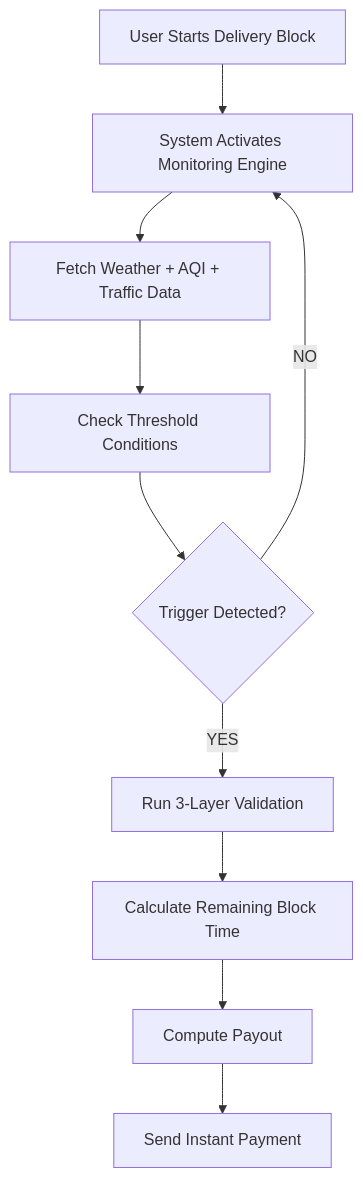
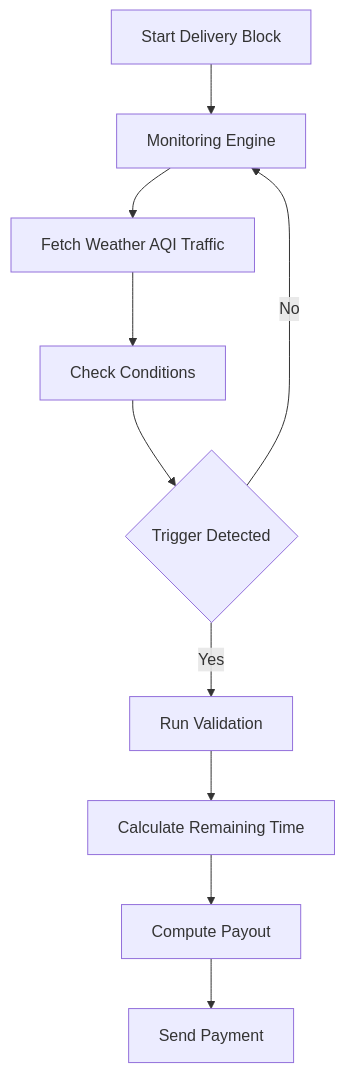
The first of 2 diagrams in README.md (NithyaShriSK/Guidewire-Hackathon-project), drawn with Mermaid before and after one commit.

````diff
--- a/README.md
+++ b/README.md
@@ -39,14 +39,14 @@
 ```mermaid
 flowchart TD
-    A[User Starts Delivery Block] --> B[System Activates Monitoring Engine]
-    B --> C[Fetch Weather + AQI + Traffic Data]
-    C --> D[Check Threshold Conditions]
-    D --> E{Trigger Detected?}
+    A[Start Delivery Block] --> B[Monitoring Engine]
+    B --> C[Fetch Weather AQI Traffic]
+    C --> D[Check Conditions]
+    D --> E{Trigger Detected}
 
-    E -->|YES| F[Run 3-Layer Validation]
-    E -->|NO| B
+    E -->|Yes| F[Run Validation]
+    E -->|No| B
 
-    F --> G[Calculate Remaining Block Time]
+    F --> G[Calculate Remaining Time]
     G --> H[Compute Payout]
-    H --> I[Send Instant Payment]
+    H --> I[Send Payment]
 ```
````
